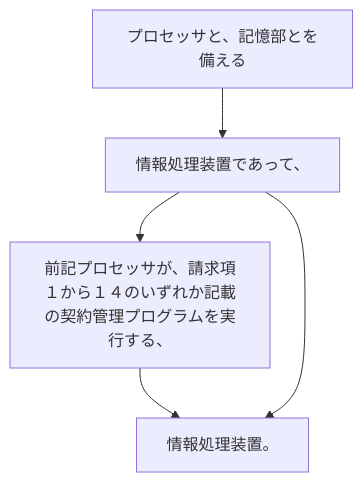
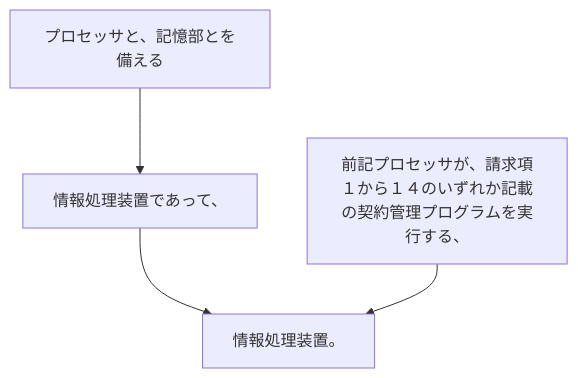
The diagram in 2024/JP2024014095A/claim_15/README.md (shinmori55/patent_analyzed), drawn with Mermaid before and after one commit. The commit also changed 27 other files, not shown here.

````diff
--- a/2024/JP2024014095A/claim_15/README.md
+++ b/2024/JP2024014095A/claim_15/README.md
@@ -4,11 +4,10 @@
 ```mermaid
 flowchart TD
 A[プロセッサと、記憶部とを備える]
 B[情報処理装置であって、]
 C[前記プロセッサが、請求項１から１４のいずれか記載の契約管理プログラムを実行する、]
 D[情報処理装置。]
 A --> B
-B --> C
+B --> D
 C --> D
-B --> D
 ```
````
